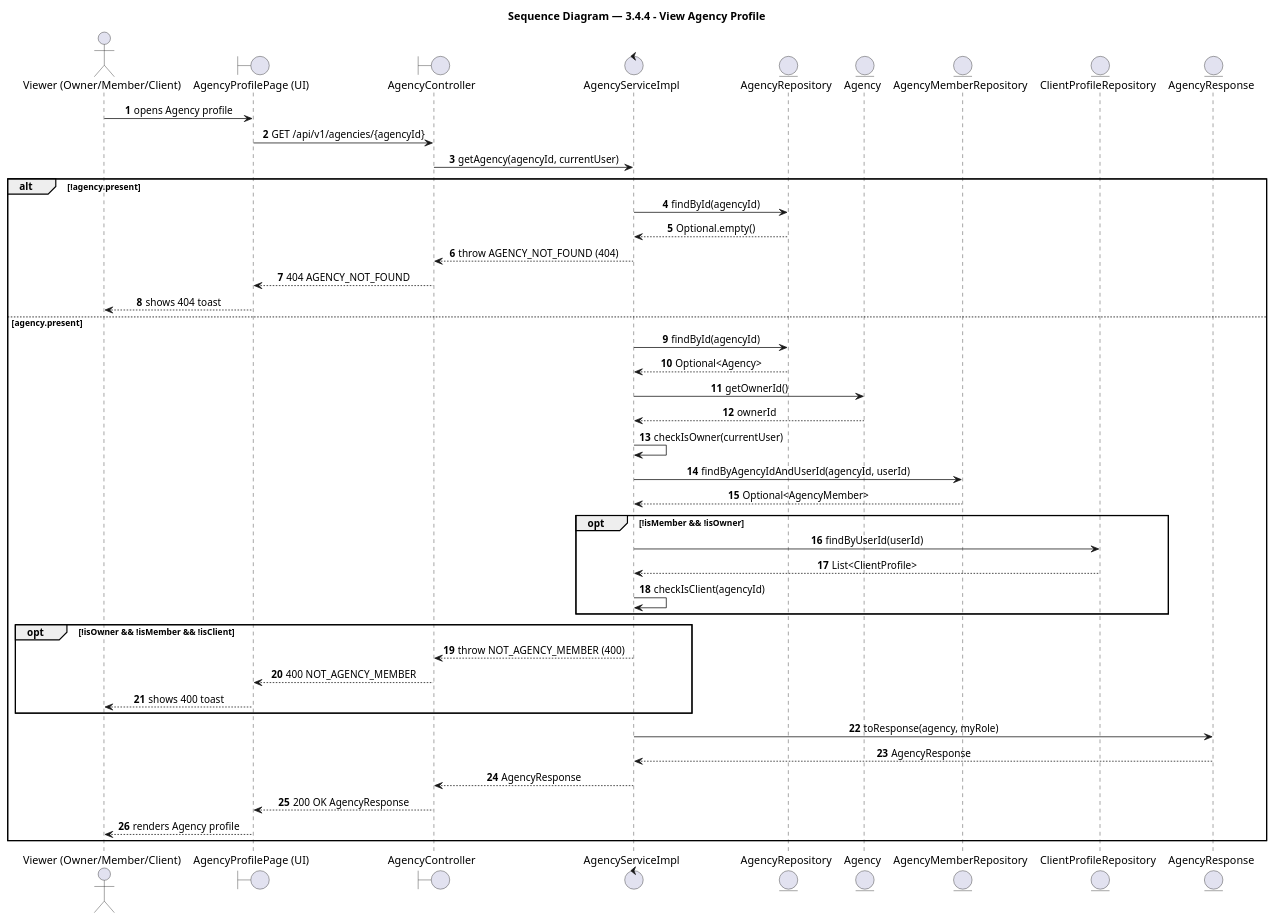
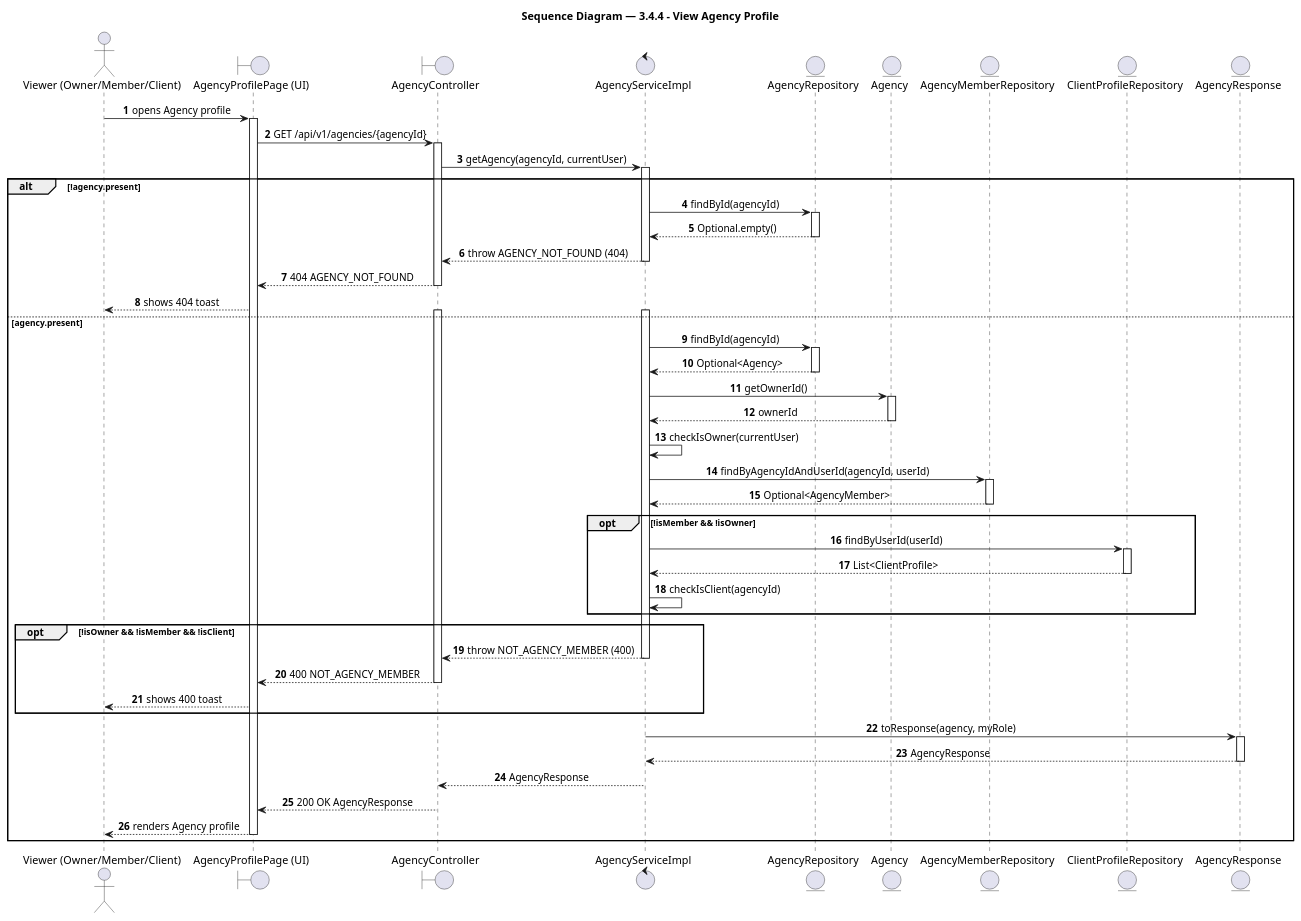
One commit to BrandHubOrganization/brandhub-infrastructure changed the diagram in docs/feature/agency-workspace/3-4-4-view-agency-profile/report4_sequence.puml. Above: the diagram before and after it, drawn with PlantUML. The commit also changed 149 other files, not shown here.

Commit message:
docs(sequence): fix activation bars across all sequence diagrams according to UML 2.5 rules

```diff
--- a/docs/feature/agency-workspace/3-4-4-view-agency-profile/report4_sequence.puml
+++ b/docs/feature/agency-workspace/3-4-4-view-agency-profile/report4_sequence.puml
@@ -1,56 +1,82 @@
 @startuml 3.4.4 - View Agency Profile
 title Sequence Diagram — 3.4.4 - View Agency Profile
 
 autonumber
 skinparam shadowing false
 skinparam sequenceMessageAlign center
 skinparam BoxPadding 10
 skinparam ParticipantPadding 10
 
 ' === Participants ===
 actor "Viewer (Owner/Member/Client)" as viewer_owner_member_client
 boundary "AgencyProfilePage (UI)" as agencyprofilepage_ui
 boundary "AgencyController" as agencycontroller
 control "AgencyServiceImpl" as agencyserviceimpl
 entity "AgencyRepository" as agencyrepository
 entity "Agency" as agency
 entity "AgencyMemberRepository" as agencymemberrepository
 entity "ClientProfileRepository" as clientprofilerepository
 entity "AgencyResponse" as agencyresponse
 
 ' === Flow ===
 viewer_owner_member_client -> agencyprofilepage_ui: opens Agency profile
+activate agencyprofilepage_ui
 agencyprofilepage_ui -> agencycontroller: GET /api/v1/agencies/{agencyId}
+activate agencycontroller
 agencycontroller -> agencyserviceimpl: getAgency(agencyId, currentUser)
+activate agencyserviceimpl
 alt !agency.present
   agencyserviceimpl -> agencyrepository: findById(agencyId)
+  activate agencyrepository
   agencyrepository --> agencyserviceimpl: Optional.empty()
+  deactivate agencyrepository
   agencyserviceimpl --> agencycontroller: throw AGENCY_NOT_FOUND (404)
+  deactivate agencyserviceimpl
   agencycontroller --> agencyprofilepage_ui: 404 AGENCY_NOT_FOUND
+  deactivate agencycontroller
   agencyprofilepage_ui --> viewer_owner_member_client: shows 404 toast
 else agency.present
+  activate agencyserviceimpl
+  activate agencycontroller
   agencyserviceimpl -> agencyrepository: findById(agencyId)
+  activate agencyrepository
   agencyrepository --> agencyserviceimpl: Optional<Agency>
+  deactivate agencyrepository
   agencyserviceimpl -> agency: getOwnerId()
+  activate agency
   agency --> agencyserviceimpl: ownerId
+  deactivate agency
   agencyserviceimpl -> agencyserviceimpl: checkIsOwner(currentUser)
   agencyserviceimpl -> agencymemberrepository: findByAgencyIdAndUserId(agencyId, userId)
+  activate agencymemberrepository
   agencymemberrepository --> agencyserviceimpl: Optional<AgencyMember>
+  deactivate agencymemberrepository
   opt !isMember && !isOwner
     agencyserviceimpl -> clientprofilerepository: findByUserId(userId)
+    activate clientprofilerepository
     clientprofilerepository --> agencyserviceimpl: List<ClientProfile>
+    deactivate clientprofilerepository
     agencyserviceimpl -> agencyserviceimpl: checkIsClient(agencyId)
   end
   opt !isOwner && !isMember && !isClient
     agencyserviceimpl --> agencycontroller: throw NOT_AGENCY_MEMBER (400)
+    deactivate agencyserviceimpl
     agencycontroller --> agencyprofilepage_ui: 400 NOT_AGENCY_MEMBER
+    deactivate agencycontroller
     agencyprofilepage_ui --> viewer_owner_member_client: shows 400 toast
   end
+  activate agencyserviceimpl
+  activate agencycontroller
   agencyserviceimpl -> agencyresponse: toResponse(agency, myRole)
+  activate agencyresponse
   agencyresponse --> agencyserviceimpl: AgencyResponse
+  deactivate agencyresponse
   agencyserviceimpl --> agencycontroller: AgencyResponse
+  deactivate agencyserviceimpl
   agencycontroller --> agencyprofilepage_ui: 200 OK AgencyResponse
+  deactivate agencycontroller
   agencyprofilepage_ui --> viewer_owner_member_client: renders Agency profile
+  deactivate agencyprofilepage_ui
 end
 
 @enduml
```
